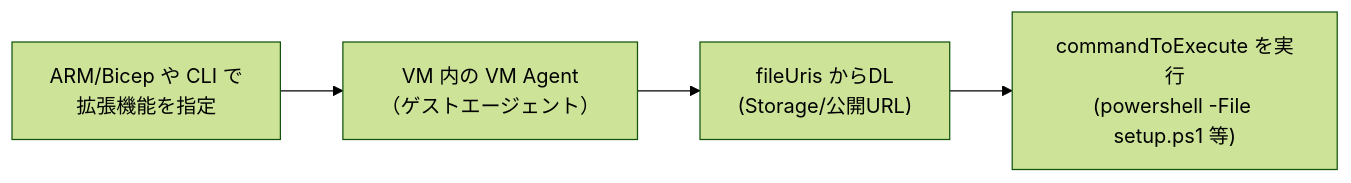
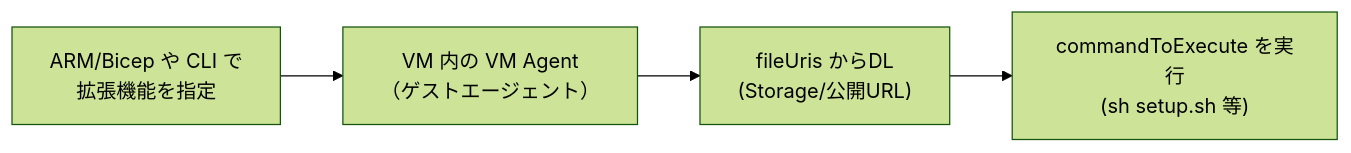
Before and after one commit to yoyoma-ru/Azure: the first of 2 diagrams in batch/topics/custom-script.md, drawn with Mermaid (forest theme). The commit also changed other lines of this file and 86 other files, not shown here.

````diff
--- a/batch/topics/custom-script.md
+++ b/batch/topics/custom-script.md
@@ -21,8 +22,8 @@
 ```mermaid
 flowchart LR
     TPL["ARM/Bicep や CLI で<br/>拡張機能を指定"]
     AGENT["VM 内の VM Agent<br/>（ゲストエージェント）"]
     DL["fileUris からDL<br/>(Storage/公開URL)"]
-    RUN["commandToExecute を実行<br/>(powershell -File setup.ps1 等)"]
+    RUN["commandToExecute を実行<br/>(sh setup.sh 等)"]
     TPL --> AGENT --> DL --> RUN
 ```
````
